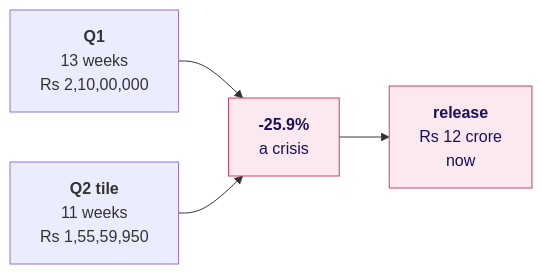
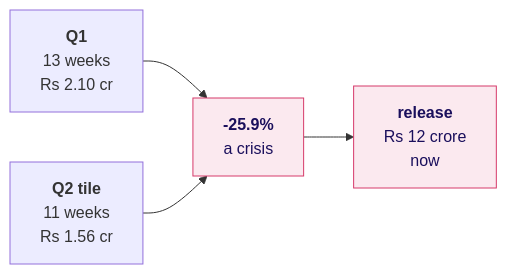
The eighth of 34 diagrams in content/W01/D2/slides/C2_W01_D02_half1_STUDENT.md (fde-academy-lab/c2-content-factory), drawn with Mermaid before and after one commit. The commit also changed other lines of this file and 4 other files, not shown here.

````diff
--- a/content/W01/D2/slides/C2_W01_D02_half1_STUDENT.md
+++ b/content/W01/D2/slides/C2_W01_D02_half1_STUDENT.md
@@ -397,8 +399,8 @@
 ```mermaid
 flowchart LR
-    A["<b>Q1</b><br/>13 weeks<br/>Rs 2,10,00,000"] --> W["<b>-25.9%</b><br/>a crisis"]
-    B["<b>Q2 tile</b><br/>11 weeks<br/>Rs 1,55,59,950"] --> W
+    A["<b>Q1</b><br/>13 weeks<br/>Rs 2.10 cr"] --> W["<b>-25.9%</b><br/>a crisis"]
+    B["<b>Q2 tile</b><br/>11 weeks<br/>Rs 1.56 cr"] --> W
     W --> D["<b>release</b><br/>Rs 12 crore<br/>now"]
     classDef bad fill:#FBE9EF,stroke:#D63A6A,color:#1A0F5C
     class W,D bad
 ```
````
